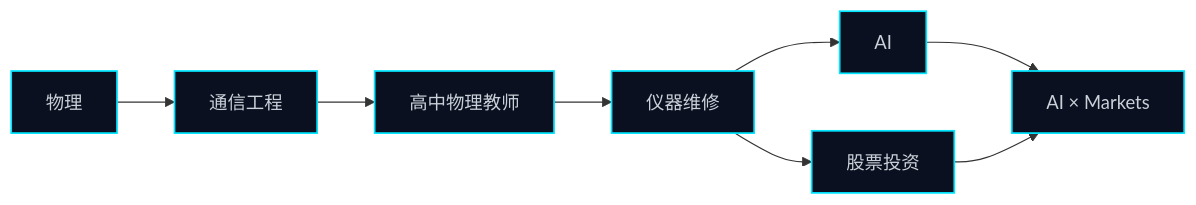
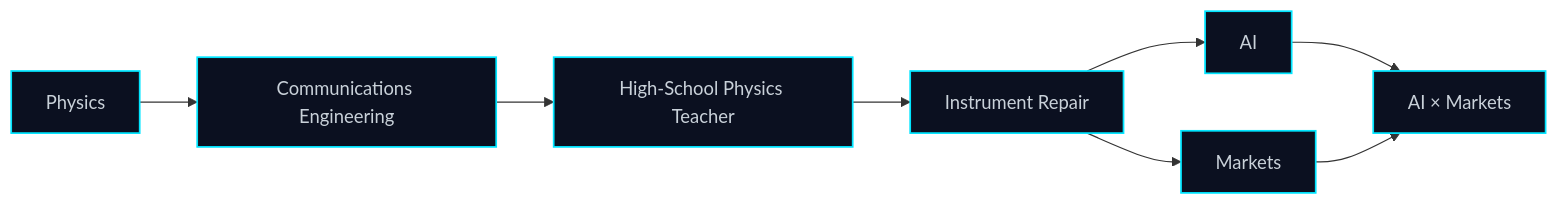
The diagram in README.md (C0S1N3/C0S1N3), drawn with Mermaid before and after one commit. The commit also changed other lines of this file, not shown here.

````diff
--- a/README.md
+++ b/README.md
@@ -48,12 +48,12 @@
 ```mermaid
 flowchart LR
-    P[物理] --> C[通信工程]
-    C --> T[高中物理教师]
-    T --> I[仪器维修]
+    P[Physics] --> C[Communications Engineering]
+    C --> T[High-School Physics Teacher]
+    T --> I[Instrument Repair]
     I --> A[AI]
-    I --> M[股票投资]
+    I --> M[Markets]
     A --> Q[AI × Markets]
     M --> Q
     classDef hot fill:#0B1020,stroke:#00E5FF,color:#C9D1D9,stroke-width:1.5px;
     class P,C,T,I,A,M,Q hot;
 ```
````
